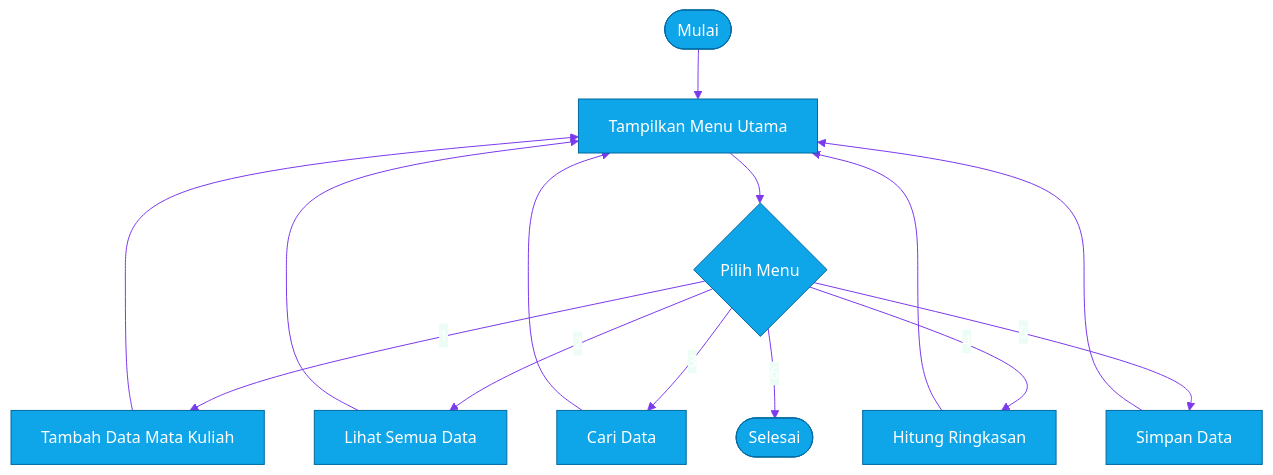
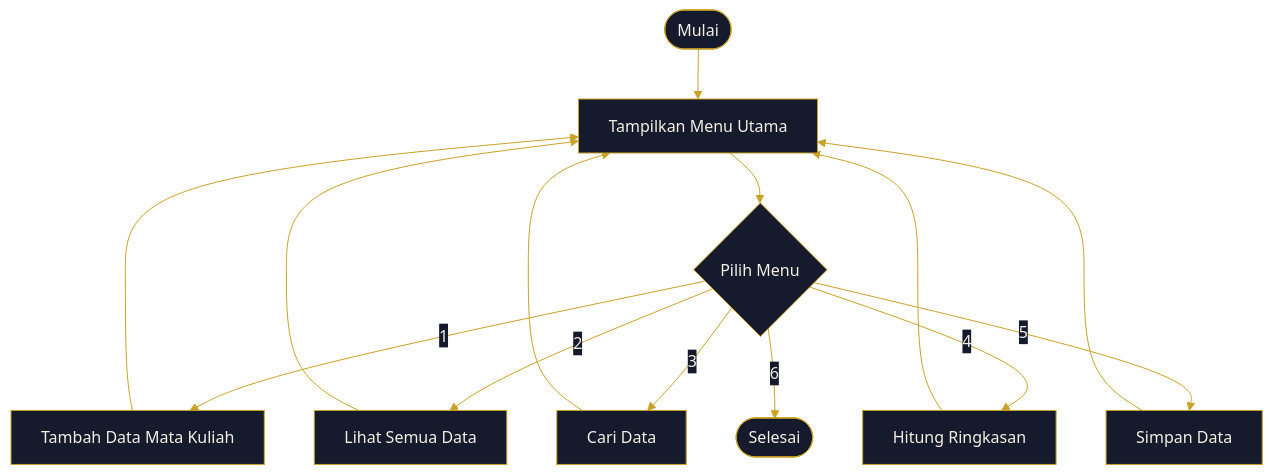
Before and after one commit to alwinidzam/TUGAS-UAS-PBO: the first of 3 diagrams in README.md, drawn with Mermaid. The commit also changed other lines of this file, not shown here.

````diff
--- a/README.md
+++ b/README.md
@@ -91,17 +70,17 @@
 ```mermaid
-%%{init: {"theme": "base", "themeVariables": {"primaryColor": "#0EA5E9", "primaryTextColor": "#ffffff", "primaryBorderColor": "#0369A1", "lineColor": "#7C3AED", "secondaryColor": "#ECFDF5", "tertiaryColor": "#F8FAFC"}}}%%
+%%{init: {'theme':'base', 'themeVariables': {'primaryColor':'#151B2C','primaryTextColor':'#F5F0E6','primaryBorderColor':'#C9A227','lineColor':'#C9A227','secondaryColor':'#151B2C','tertiaryColor':'#0B0F19'}}}%%
 flowchart TD
     A([Mulai]) --> B[Tampilkan Menu Utama]
     B --> C{Pilih Menu}
     C -->|1| D[Tambah Data Mata Kuliah]
     C -->|2| E[Lihat Semua Data]
     C -->|3| F[Cari Data]
     C -->|4| G[Hitung Ringkasan]
     C -->|5| H[Simpan Data]
     C -->|6| I([Selesai])
     D --> B
     E --> B
     F --> B
     G --> B
     H --> B
 ```
````
